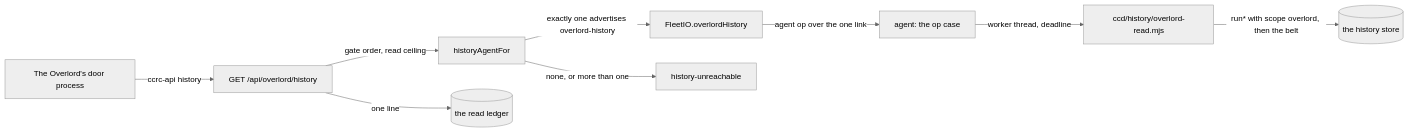
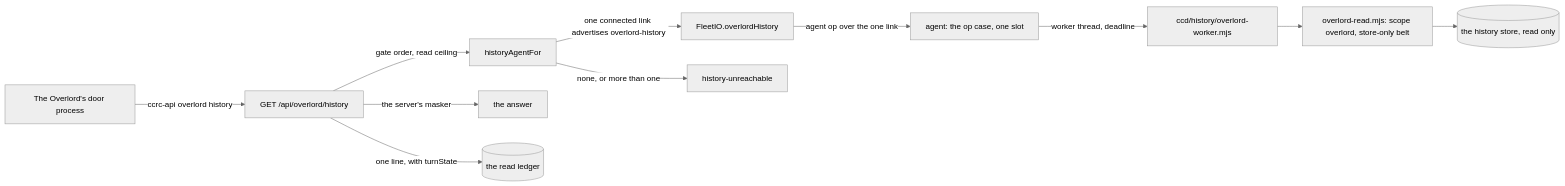
One commit to Synapsium-Labs/ccrc-pwa changed the diagram in docs/superpowers/plans/2026-11-14-overlord-w1/w1-board-history.md. Above: the diagram before and after it, drawn with Mermaid (neutral theme). The commit also changed other lines of this file, not shown here.

First line of the commit message:
docs(plan): the board and history plan after review 2100

````diff
--- a/docs/superpowers/plans/2026-11-14-overlord-w1/w1-board-history.md
+++ b/docs/superpowers/plans/2026-11-14-overlord-w1/w1-board-history.md
@@ -44,11 +61,13 @@
 ```mermaid
 flowchart LR
-  OV["The Overlord's door process"] -->|"ccrc-api history"| DOOR["GET /api/overlord/history"]
+  OV["The Overlord's door process"] -->|"ccrc-api overlord history"| DOOR["GET /api/overlord/history"]
   DOOR -->|"gate order, read ceiling"| PICK["historyAgentFor"]
-  PICK -->|"exactly one advertises overlord-history"| IO["FleetIO.overlordHistory"]
+  PICK -->|"one connected link advertises overlord-history"| IO["FleetIO.overlordHistory"]
   PICK -->|"none, or more than one"| UNR["history-unreachable"]
-  IO -->|"agent op over the one link"| AG["agent: the op case"]
-  AG -->|"worker thread, deadline"| MOD["ccd/history/overlord-read.mjs"]
-  MOD -->|"run* with scope overlord, then the belt"| STORE[("the history store")]
-  DOOR -->|"one line"| LEDGER[("the read ledger")]
+  IO -->|"agent op over the one link"| AG["agent: the op case, one slot"]
+  AG -->|"worker thread, deadline"| WK["ccd/history/overlord-worker.mjs"]
+  WK --> MOD["overlord-read.mjs: scope overlord, store-only belt"]
+  MOD --> STORE[("the history store, read only")]
+  DOOR -->|"the server's masker"| OUT["the answer"]
+  DOOR -->|"one line, with turnState"| LEDGER[("the read ledger")]
 ```
````
